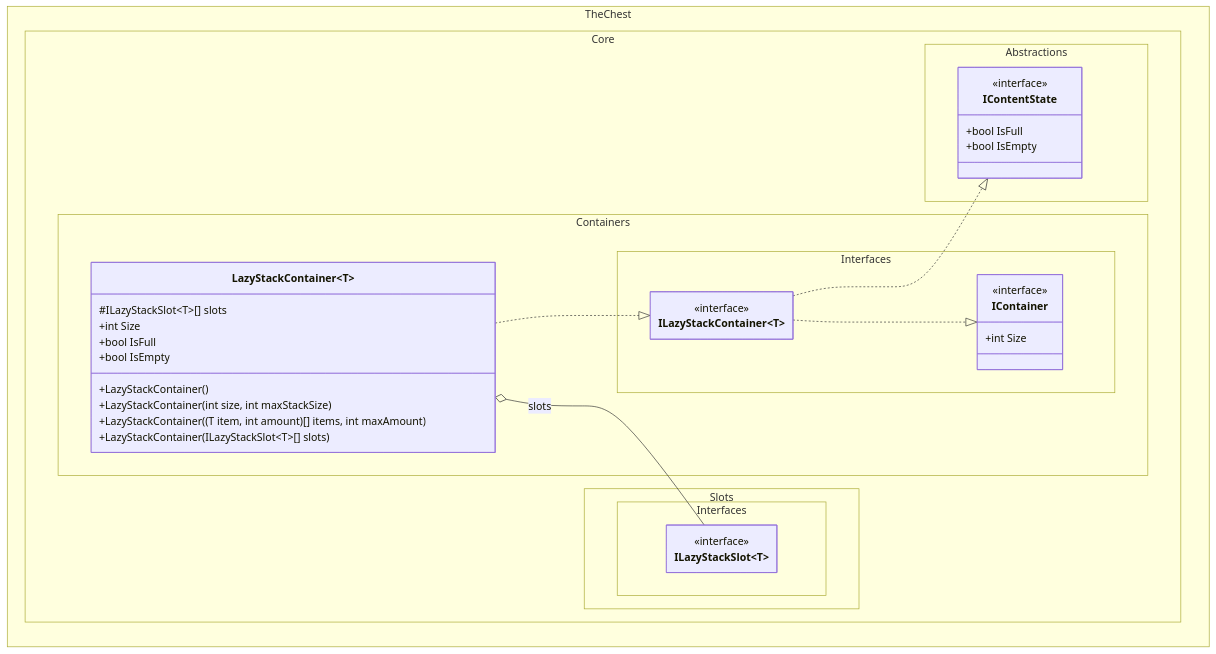
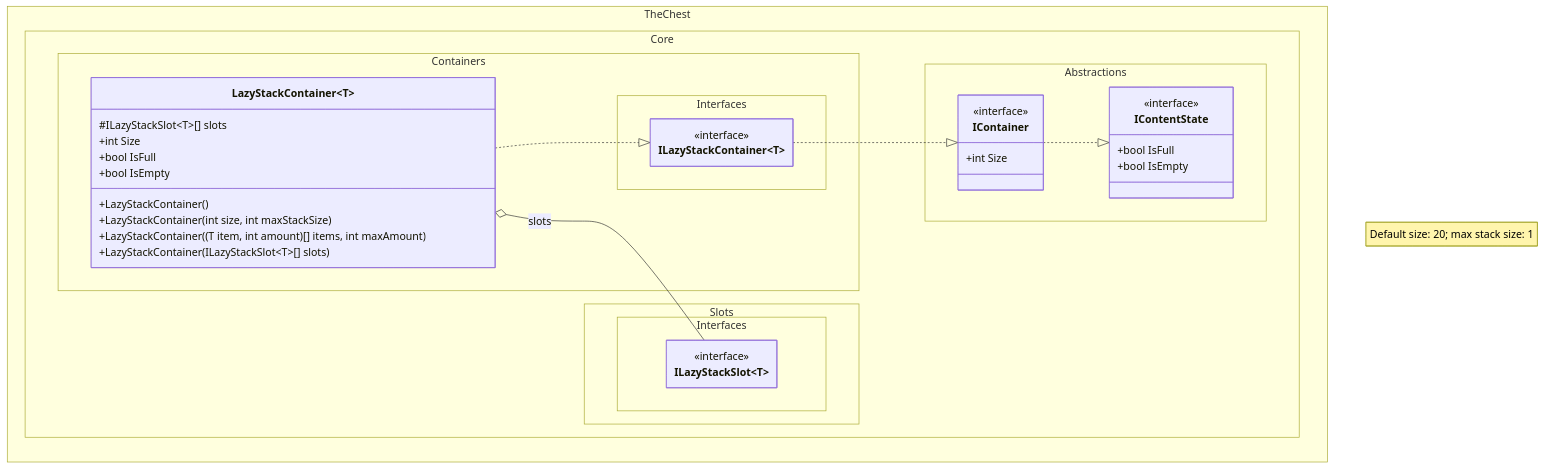
The third of 5 diagrams in docs/class_diagram.md (The-Chest/TheChest.Core), drawn with Mermaid before and after one commit. The commit also changed other lines of this file and 5 other files, not shown here.

````diff
--- a/docs/class_diagram.md
+++ b/docs/class_diagram.md
@@ -113,48 +120,49 @@
 ```mermaid
 ---
 config:
   theme: mc
   look: classic
   class:
     hideEmptyMembersBox: true
 ---
 classDiagram
 direction BT
     namespace TheChest.Core.Abstractions {
         class IContentState {
             <<interface>>
             +bool IsFull
             +bool IsEmpty
         }
-    }
-    namespace TheChest.Core.Containers.Interfaces {
         class IContainer {
             <<interface>>
             +int Size
         }
+    }
+    namespace TheChest.Core.Containers.Interfaces {
         class ILazyStackContainer~T~ {
             <<interface>>
         }
     }
     namespace TheChest.Core.Slots.Interfaces {
         class ILazyStackSlot~T~ {
             <<interface>>
         }
     }
     namespace TheChest.Core.Containers {
         class LazyStackContainer~T~ {
             #ILazyStackSlot~T~[] slots
             +int Size
             +bool IsFull
             +bool IsEmpty
             +LazyStackContainer()
             +LazyStackContainer(int size, int maxStackSize)
             +LazyStackContainer((T item, int amount)[] items, int maxAmount)
             +LazyStackContainer(ILazyStackSlot~T~[] slots)
         }
     }
+    IContainer ..|> IContentState
     ILazyStackContainer~T~ ..|> IContainer
-    ILazyStackContainer~T~ ..|> IContentState
     LazyStackContainer~T~ ..|> ILazyStackContainer~T~
     LazyStackContainer~T~ o-- ILazyStackSlot~T~ : slots
+    note for LazyStackContainer~T~ "Default size: 20; max stack size: 1"
 ```
````
